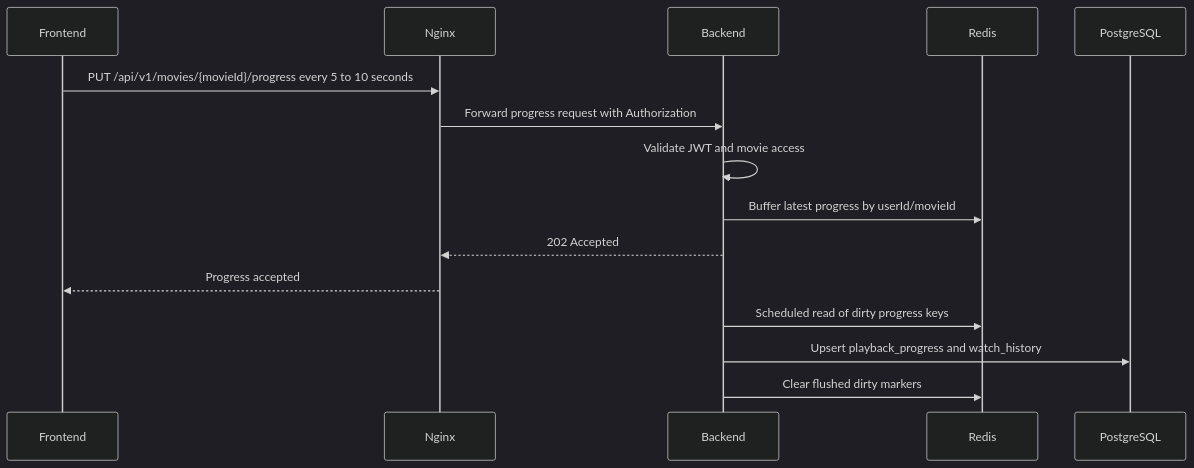
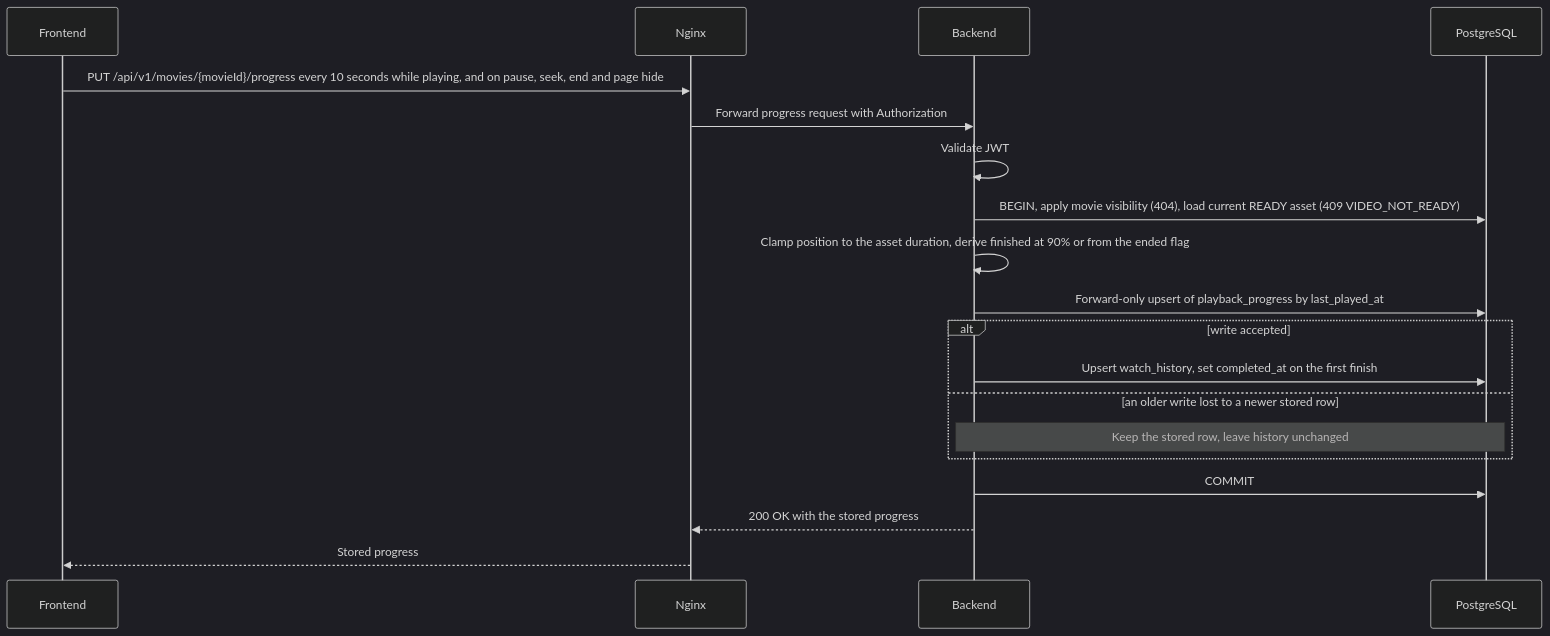
One commit to Duyphanb/Self-hosted-VoD-Platform changed the seventh of 9 diagrams in docs/architecture/SEQUENCE-DIAGRAMS.md. Above: the diagram before and after it, drawn with Mermaid (dark theme). The commit also changed other lines of this file and 17 other files, not shown here.

First line of the commit message:
docs(streaming): record the Sprint 6 playback, player and progress design

````diff
--- a/docs/architecture/SEQUENCE-DIAGRAMS.md
+++ b/docs/architecture/SEQUENCE-DIAGRAMS.md
@@ -218,19 +226,22 @@
 ```mermaid
 sequenceDiagram
     participant Frontend
     participant Nginx
     participant Backend
-    participant Redis
     participant PostgreSQL
 
-    Frontend->>Nginx: PUT /api/v1/movies/{movieId}/progress every 5 to 10 seconds
+    Frontend->>Nginx: PUT /api/v1/movies/{movieId}/progress every 10 seconds while playing, and on pause, seek, end and page hide
     Nginx->>Backend: Forward progress request with Authorization
-    Backend->>Backend: Validate JWT and movie access
-    Backend->>Redis: Buffer latest progress by userId/movieId
-    Backend-->>Nginx: 202 Accepted
-    Nginx-->>Frontend: Progress accepted
-
-    Backend->>Redis: Scheduled read of dirty progress keys
-    Backend->>PostgreSQL: Upsert playback_progress and watch_history
-    Backend->>Redis: Clear flushed dirty markers
+    Backend->>Backend: Validate JWT
+    Backend->>PostgreSQL: BEGIN, apply movie visibility (404), load current READY asset (409 VIDEO_NOT_READY)
+    Backend->>Backend: Clamp position to the asset duration, derive finished at 90% or from the ended flag
+    Backend->>PostgreSQL: Forward-only upsert of playback_progress by last_played_at
+    alt write accepted
+        Backend->>PostgreSQL: Upsert watch_history, set completed_at on the first finish
+    else an older write lost to a newer stored row
+        Note over Backend,PostgreSQL: Keep the stored row, leave history unchanged
+    end
+    Backend->>PostgreSQL: COMMIT
+    Backend-->>Nginx: 200 OK with the stored progress
+    Nginx-->>Frontend: Stored progress
 ```
````
